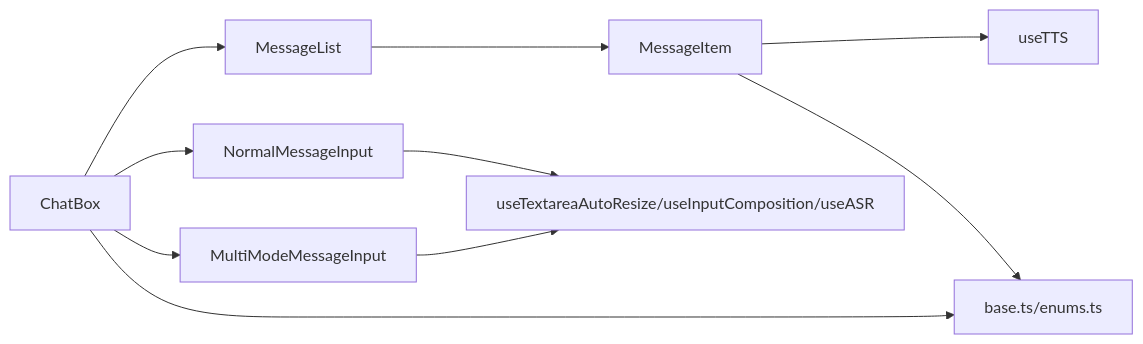
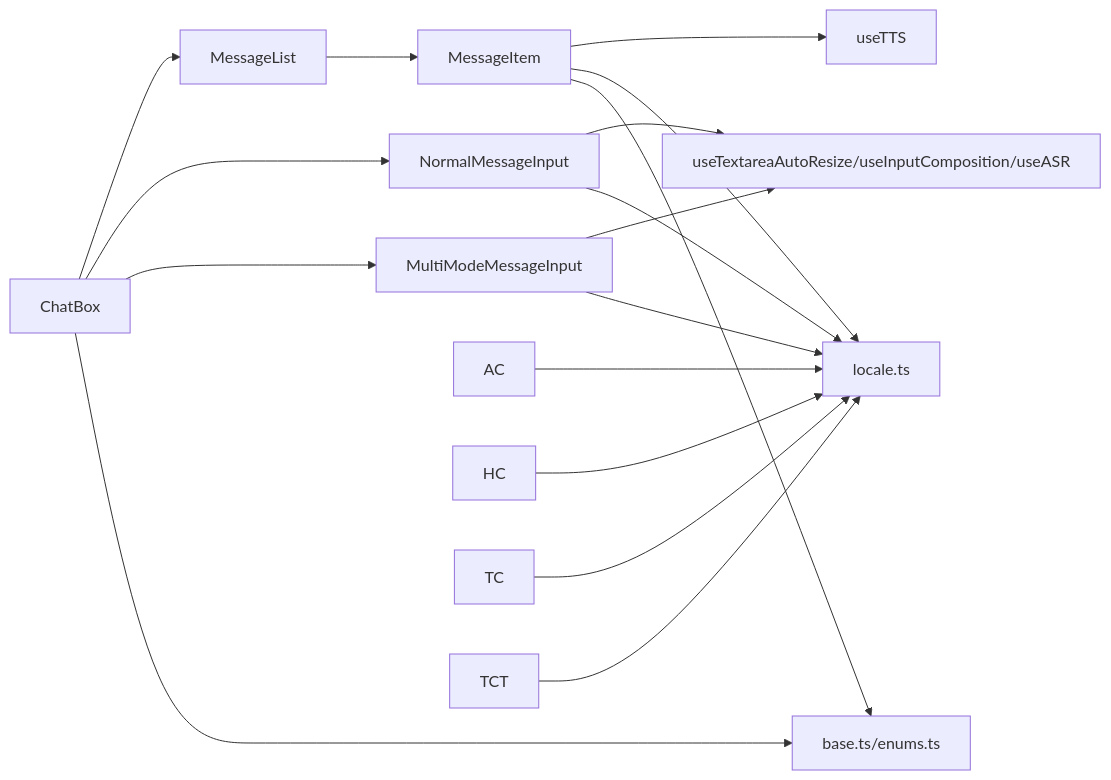
Before and after one commit to alibaba/tron-one-agent: the ninth of 9 diagrams in .qoder/repowiki/en/content/Frontend Architecture/React Component Structure.md, drawn with Mermaid. The commit also changed other lines of this file and 8 other files, not shown here.

````diff
--- a/.qoder/repowiki/en/content/Frontend Architecture/React Component Structure.md
+++ b/.qoder/repowiki/en/content/Frontend Architecture/React Component Structure.md
@@ -384,12 +574,19 @@
 ```mermaid
 graph LR
 CB["ChatBox"] --> ML["MessageList"]
 ML --> MI["MessageItem"]
 MI --> TTS["useTTS"]
 CB --> NMI["NormalMessageInput"]
 CB --> MMI["MultiModeMessageInput"]
 NMI --> Hooks["useTextareaAutoResize/useInputComposition/useASR"]
 MMI --> Hooks
+MI --> LOC["locale.ts"]
+NMI --> LOC
+MMI --> LOC
+AC --> LOC
+HC --> LOC
+TC --> LOC
+TCT --> LOC
 MI --> Types["base.ts/enums.ts"]
 CB --> Types
 ```
````
